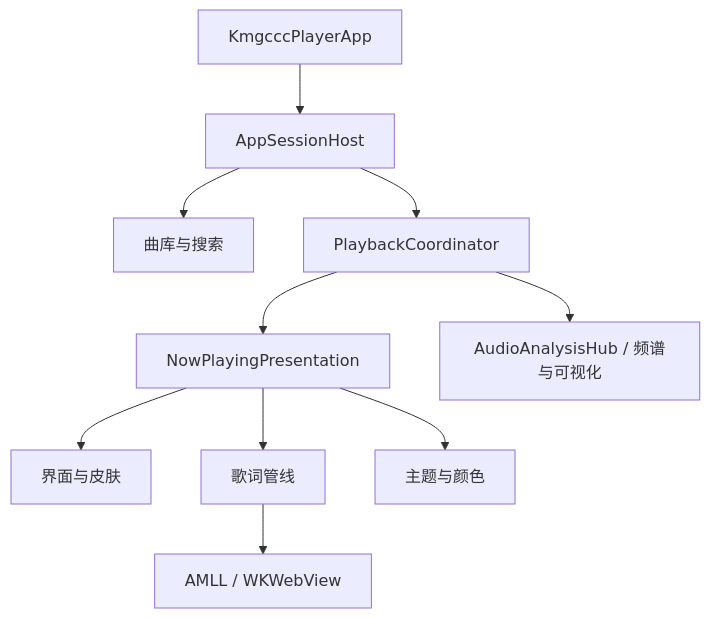
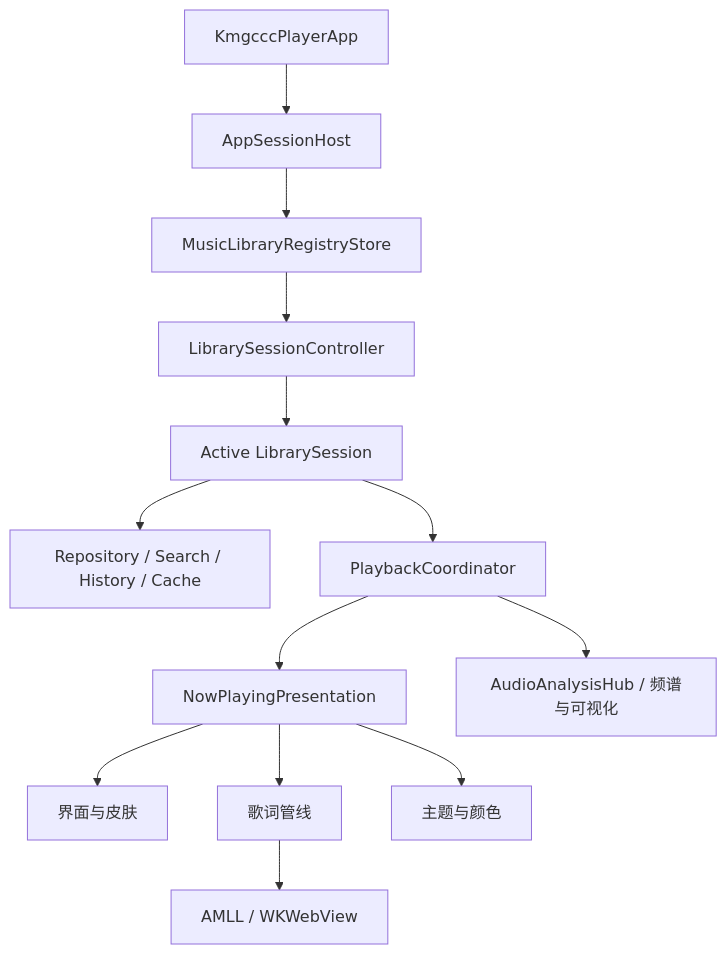
One commit to kmgcc/kmgccc_player changed the diagram in docs/architecture.md. Above: the diagram before and after it, drawn with Mermaid. The commit also changed other lines of this file and 301 other files, not shown here.

````diff
--- a/docs/architecture.md
+++ b/docs/architecture.md
@@ -7,12 +7,15 @@
 ```mermaid
 flowchart TD
-    App["KmgcccPlayerApp"] --> Session["AppSessionHost"]
-    Session --> Library["曲库与搜索"]
+    App["KmgcccPlayerApp"] --> Host["AppSessionHost"]
+    Host --> Registry["MusicLibraryRegistryStore"]
+    Registry --> Controller["LibrarySessionController"]
+    Controller --> Session["Active LibrarySession"]
+    Session --> Library["Repository / Search / History / Cache"]
     Session --> Playback["PlaybackCoordinator"]
     Playback --> Presentation["NowPlayingPresentation"]
     Presentation --> UI["界面与皮肤"]
     Presentation --> Lyrics["歌词管线"]
     Presentation --> Theme["主题与颜色"]
     Playback --> Audio["AudioAnalysisHub / 频谱与可视化"]
     Lyrics --> AMLL["AMLL / WKWebView"]
 ```
````
